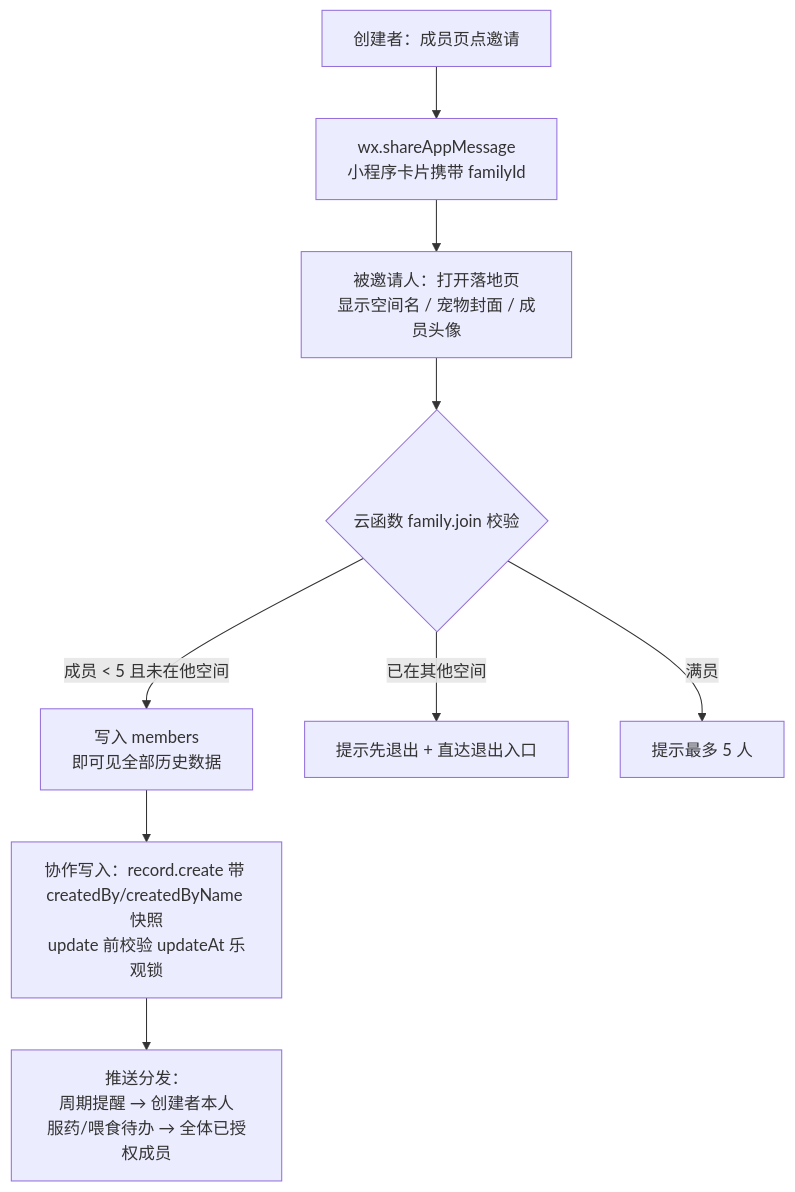
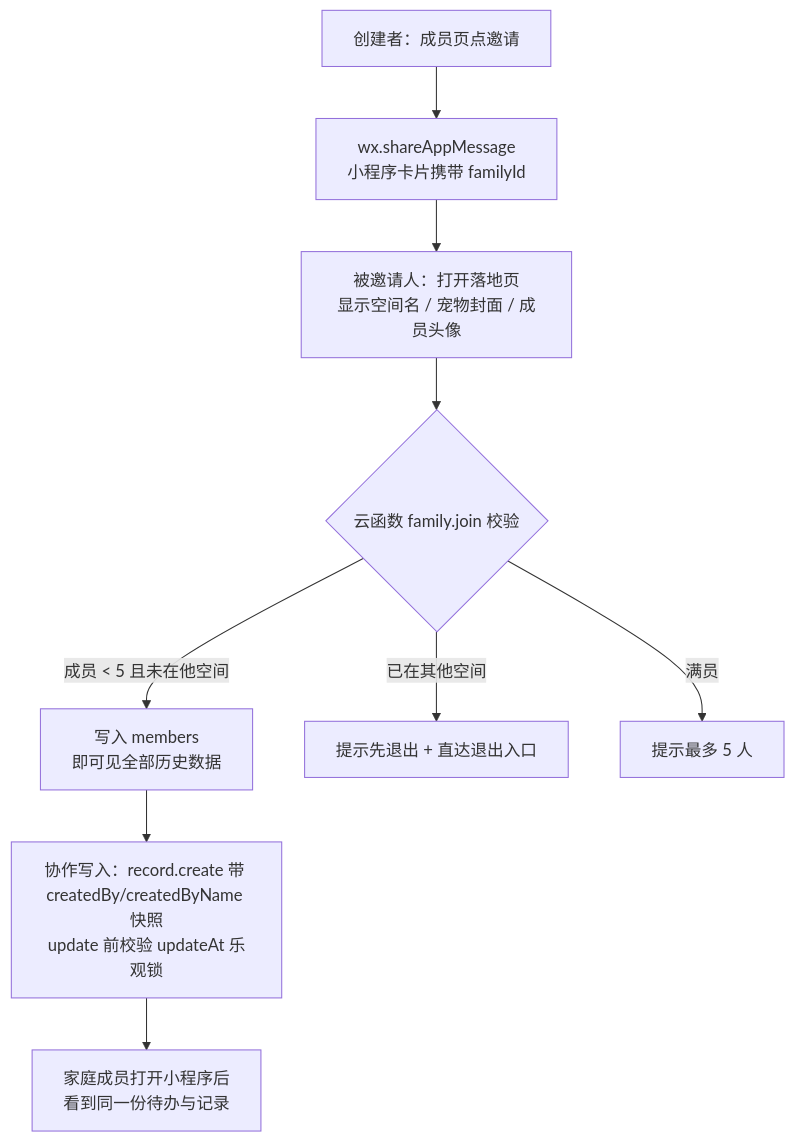
One commit to caojingwen17/maoqiu changed the fourth of 5 diagrams in doc/产品架构与数据流图.md. Above: the diagram before and after it, drawn with Mermaid. The commit also changed other lines of this file and 349 other files, not shown here.

````diff
--- a/doc/产品架构与数据流图.md
+++ b/doc/产品架构与数据流图.md
@@ -127,11 +119,11 @@
 ```mermaid
 flowchart TD
   O["创建者：成员页点邀请"] --> SH["wx.shareAppMessage<br/>小程序卡片携带 familyId"]
   SH --> J["被邀请人：打开落地页<br/>显示空间名 / 宠物封面 / 成员头像"]
   J --> C{"云函数 family.join 校验"}
   C -->|"成员 < 5 且未在他空间"| OK["写入 members<br/>即可见全部历史数据"]
   C -->|"已在其他空间"| E1["提示先退出 + 直达退出入口"]
   C -->|"满员"| E2["提示最多 5 人"]
   OK --> W["协作写入：record.create 带 createdBy/createdByName 快照<br/>update 前校验 updateAt 乐观锁"]
-  W --> PUSH["推送分发：<br/>周期提醒 → 创建者本人<br/>服药/喂食待办 → 全体已授权成员"]
+  W --> PUSH["家庭成员打开小程序后<br/>看到同一份待办与记录"]
 ```
````
